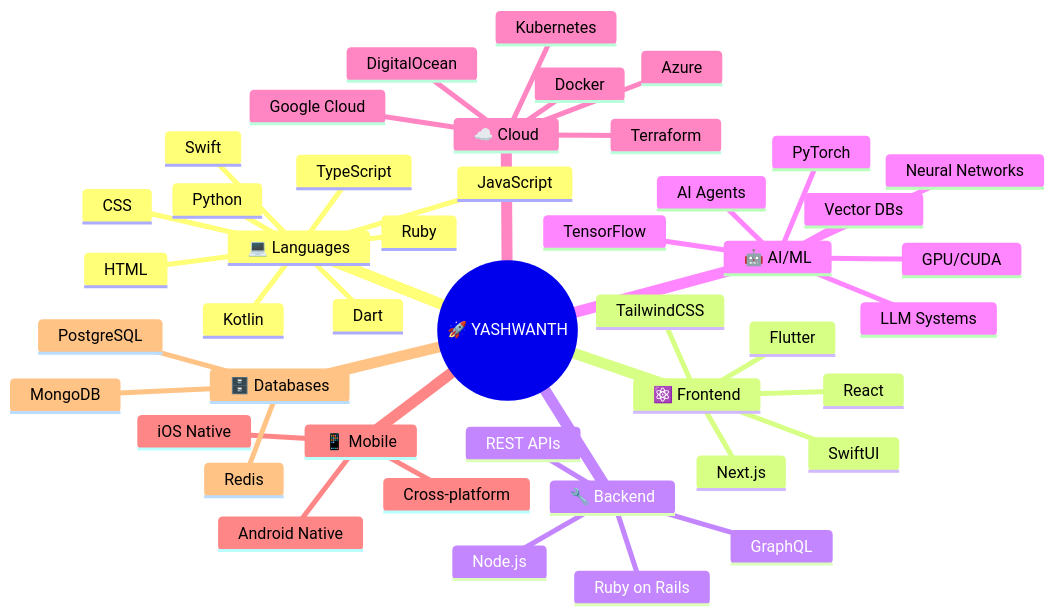
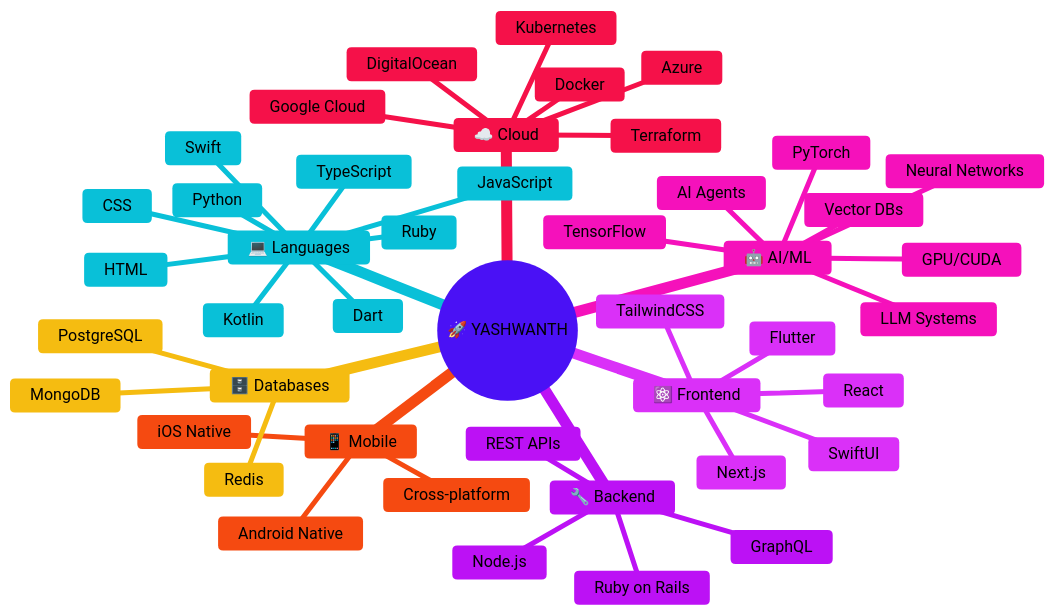
Before and after one commit to yash1511-bogam/yash1511-bogam: the first of 3 diagrams in README.md, drawn with Mermaid.

Commit message:
Light pastel bg colors for mindmap

````diff
--- a/README.md
+++ b/README.md
@@ -24,48 +24,49 @@
 ```mermaid
+%%{init: {'theme': 'base', 'themeVariables': {'primaryColor': '#a78bfa', 'primaryTextColor': '#000000', 'primaryBorderColor': '#7c3aed', 'lineColor': '#06b6d4', 'secondaryColor': '#67e8f9', 'tertiaryColor': '#f0abfc'}}}%%
 mindmap
   root((🚀 YASHWANTH))
     💻 Languages
       TypeScript
       JavaScript
       Python
       Swift
       Kotlin
       Dart
       Ruby
       HTML
       CSS
     ⚛️ Frontend
       React
       Next.js
       SwiftUI
       TailwindCSS
       Flutter
     🔧 Backend
       Node.js
       GraphQL
       REST APIs
       Ruby on Rails
     🤖 AI/ML
       LLM Systems
       GPU/CUDA
       Neural Networks
       Vector DBs
       AI Agents
       PyTorch
       TensorFlow
     ☁️ Cloud
       Google Cloud
       Azure
       DigitalOcean
       Kubernetes
       Docker
       Terraform
     📱 Mobile
       iOS Native
       Android Native
       Cross-platform
     🗄️ Databases
       PostgreSQL
       MongoDB
       Redis
 ```
````
